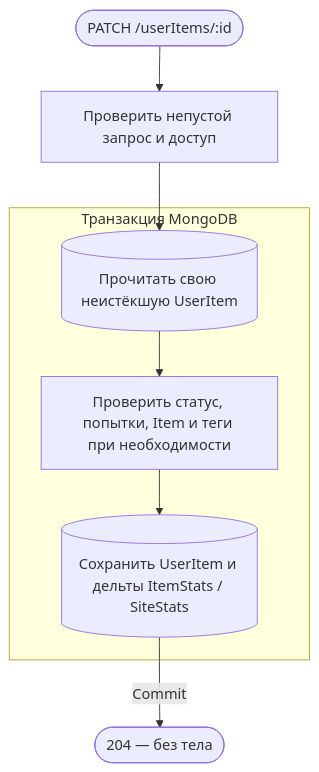
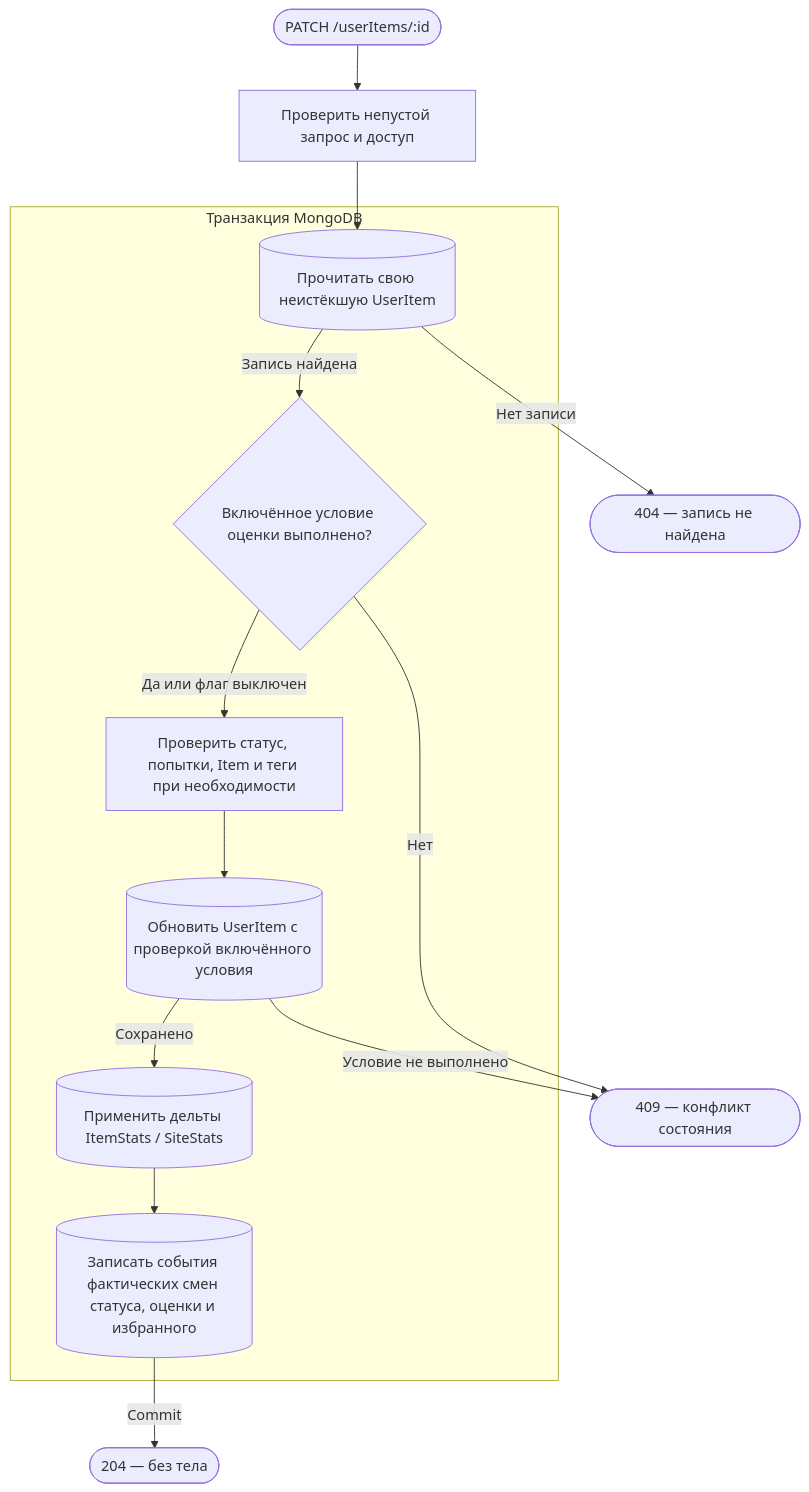
One commit to AmyGrooove/f95-tinder changed the sixth of 9 diagrams in apps/api/public/docs/api/requestFlows/userItems.md. Above: the diagram before and after it, drawn with Mermaid. The commit also changed other lines of this file and 135 other files, not shown here.

````diff
--- a/apps/api/public/docs/api/requestFlows/userItems.md
+++ b/apps/api/public/docs/api/requestFlows/userItems.md
@@ -110,13 +136,19 @@
 ```mermaid
 flowchart TD
     accTitle: Изменение записи библиотеки
-    accDescr: Прочитать собственную UserItem и проверить изменения, сохранить запись и статистику одной транзакцией
+    accDescr: Прочитать собственную UserItem, проверить условия обновления и сохранить запись со статистикой в одной транзакции
     A(["PATCH /userItems/:id"]):::http --> B["Проверить непустой запрос и доступ"]:::action
     subgraph TX["Транзакция MongoDB"]
         C[("Прочитать свою неистёкшую UserItem")]:::data
-        C --> D["Проверить статус, попытки, Item и теги при необходимости"]:::action
-        D --> E[("Сохранить UserItem и дельты ItemStats / SiteStats")]:::data
+        C -->|Запись найдена| K{"Включённое условие оценки выполнено?"}:::action
+        K -->|Да или флаг выключен| D["Проверить статус, попытки, Item и теги при необходимости"]:::action
+        D --> E[("Обновить UserItem с проверкой включённого условия")]:::data
+        E -->|Сохранено| S[("Применить дельты ItemStats / SiteStats")]:::data
+        S --> H[("Записать события фактических смен статуса, оценки и избранного")]:::data
     end
     B --> C
-    E -->|Commit| R(["204 — без тела"]):::http
+    C -->|Нет записи| N(["404 — запись не найдена"]):::http
+    K -->|Нет| F(["409 — конфликт состояния"]):::http
+    E -->|Условие не выполнено| F
+    H -->|Commit| R(["204 — без тела"]):::http
 ```
````
